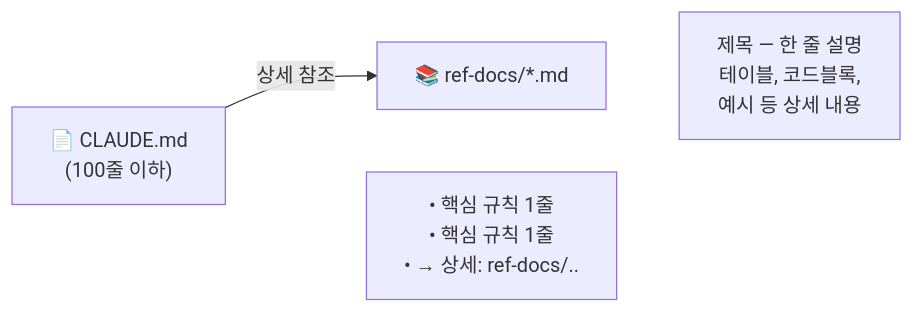
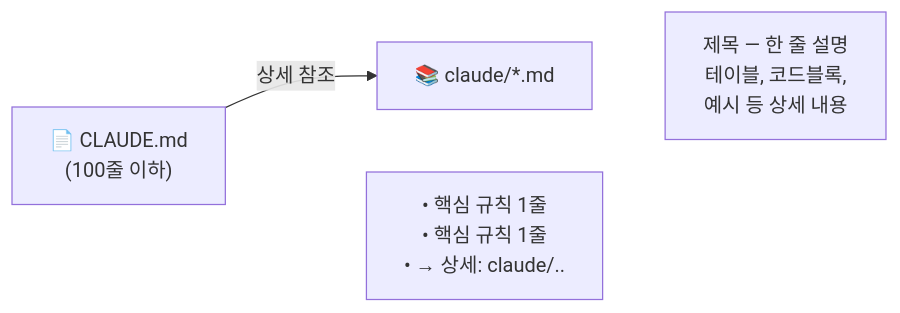
The seventh of 7 diagrams in README.md (leonardo204/dotclaude), drawn with Mermaid before and after one commit. The commit also changed other lines of this file, not shown here.

First line of the commit message:
[Docs] README 문서 경로를 claude/·specs/ 구조에 맞게 정정

````diff
--- a/README.md
+++ b/README.md
@@ -375,7 +375,7 @@
 ```mermaid
 graph LR
-    A["📄 CLAUDE.md<br>(100줄 이하)"] -->|상세 참조| B["📚 ref-docs/*.md"]
+    A["📄 CLAUDE.md<br>(100줄 이하)"] -->|상세 참조| B["📚 claude/*.md"]
 
-    A ~~~ A1["• 핵심 규칙 1줄<br>• 핵심 규칙 1줄<br>• → 상세: ref-docs/.."]
+    A ~~~ A1["• 핵심 규칙 1줄<br>• 핵심 규칙 1줄<br>• → 상세: claude/.."]
     B ~~~ B1["제목 — 한 줄 설명<br>테이블, 코드블록,<br>예시 등 상세 내용"]
 ```
````
